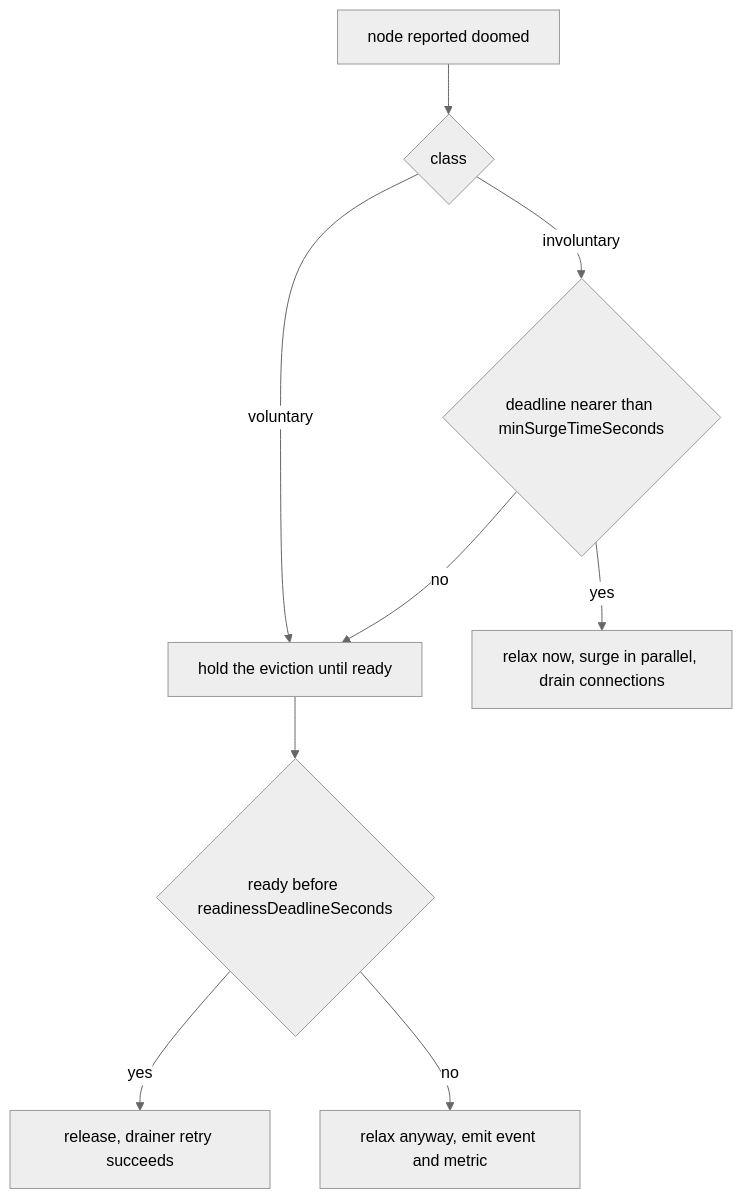
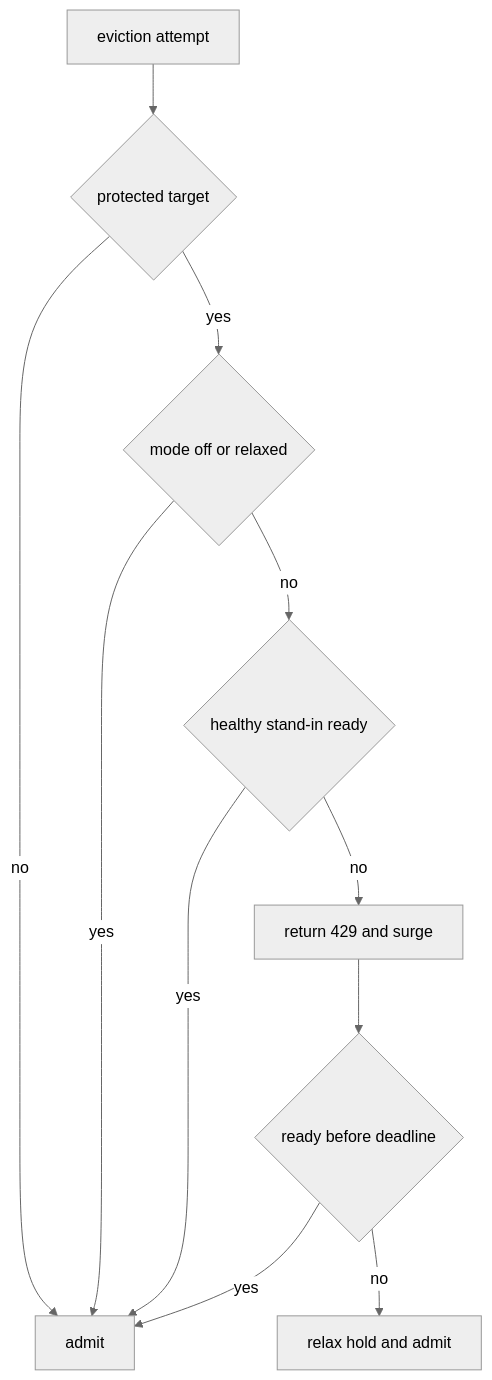
The second of 2 diagrams in docs/how-it-works.md (0xmichalis/understudy), drawn with Mermaid (neutral theme) before and after one commit. The commit also changed other lines of this file and 23 other files, not shown here.

First line of the commit message:
Release v0.4.0 with admission-time eviction holds

````diff
--- a/docs/how-it-works.md
+++ b/docs/how-it-works.md
@@ -175,11 +86,13 @@
 ```mermaid
 flowchart TD
-    A[node reported doomed] --> B{class}
-    B -->|voluntary| C[hold the eviction until ready]
-    B -->|involuntary| D{deadline nearer than minSurgeTimeSeconds}
-    D -->|no| C
-    D -->|yes| E[relax now, surge in parallel, drain connections]
-    C --> F{ready before readinessDeadlineSeconds}
-    F -->|yes| G[release, drainer retry succeeds]
-    F -->|no| H[relax anyway, emit event and metric]
+    A[eviction attempt] --> B{protected target}
+    B -->|no| C[admit]
+    B -->|yes| D{mode off or relaxed}
+    D -->|yes| C
+    D -->|no| E{healthy stand-in ready}
+    E -->|yes| C
+    E -->|no| F[return 429 and surge]
+    F --> G{ready before deadline}
+    G -->|yes| C
+    G -->|no| H[relax hold and admit]
 ```
````
